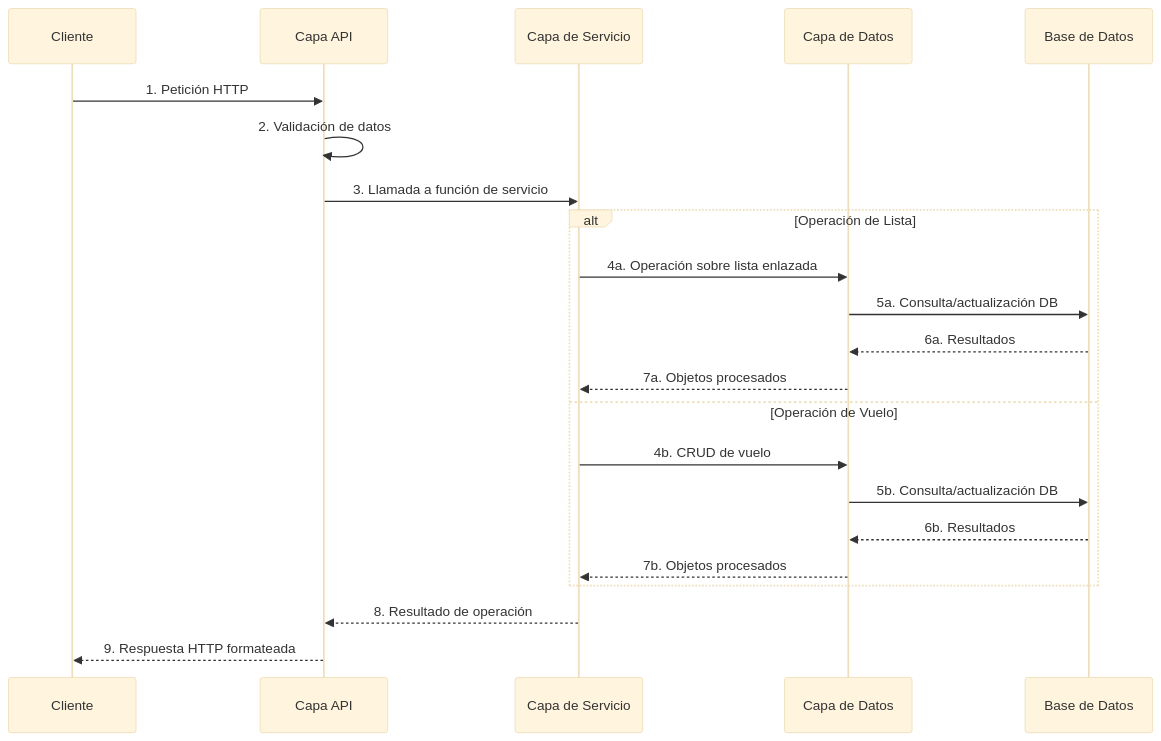
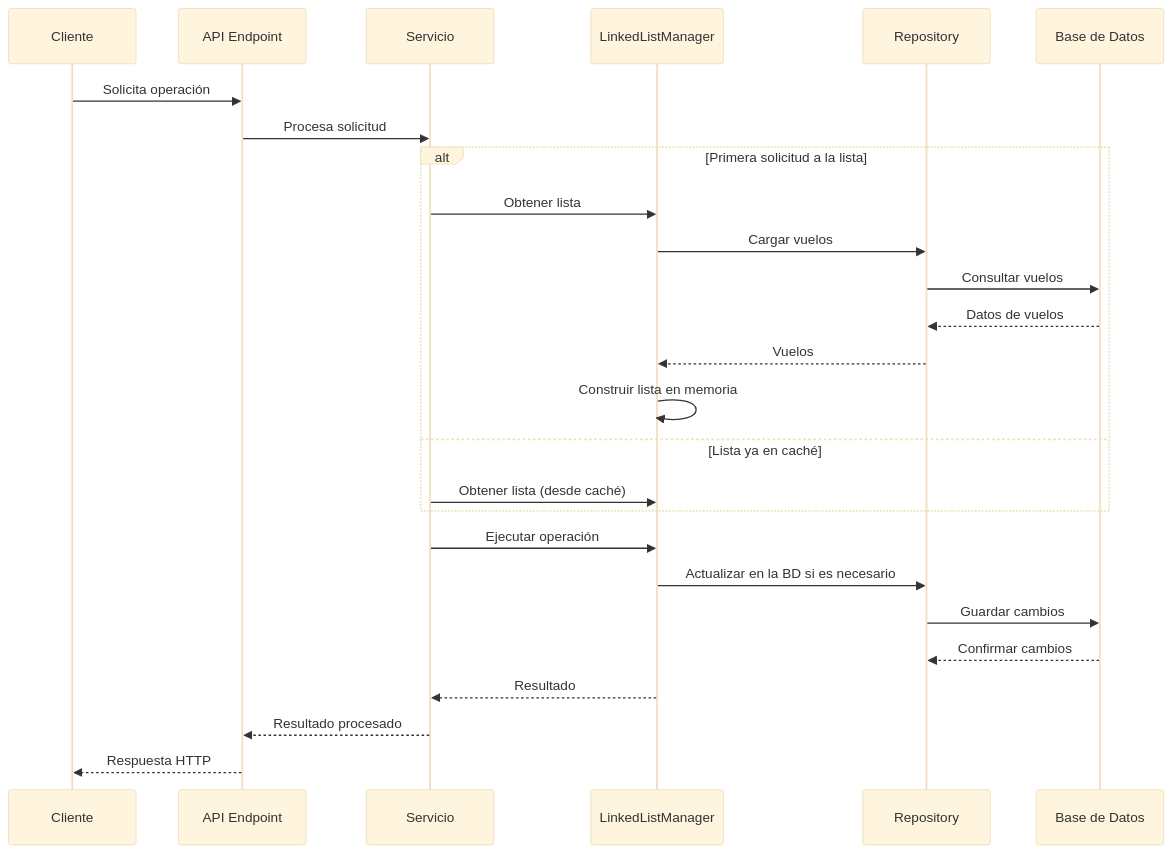
One commit to marcelovidalp/Act02_LL_Airport changed the third of 6 diagrams in docs/architecture.md. Above: the diagram before and after it, drawn with Mermaid (base theme). The commit also changed other lines of this file and 36 other files, not shown here.

First line of the commit message:
Implementación del servicio de gestión de listas de vuelos y refactorización de la arquitectura del sistema

````diff
--- a/docs/architecture.md
+++ b/docs/architecture.md
@@ -86,27 +110,32 @@
 ```mermaid
 sequenceDiagram
     participant Cliente as Cliente
-    participant API as Capa API
-    participant Servicio as Capa de Servicio
-    participant Datos as Capa de Datos
+    participant API as API Endpoint
+    participant Servicio as Servicio
+    participant ListaManager as LinkedListManager
+    participant Repositorio as Repository
     participant DB as Base de Datos
     
-    Cliente->>API: 1. Petición HTTP
-    API->>API: 2. Validación de datos
-    API->>Servicio: 3. Llamada a función de servicio
+    Cliente->>API: Solicita operación
+    API->>Servicio: Procesa solicitud
     
-    alt Operación de Lista
-        Servicio->>Datos: 4a. Operación sobre lista enlazada
-        Datos->>DB: 5a. Consulta/actualización DB
-        DB-->>Datos: 6a. Resultados
-        Datos-->>Servicio: 7a. Objetos procesados
-    else Operación de Vuelo
-        Servicio->>Datos: 4b. CRUD de vuelo
-        Datos->>DB: 5b. Consulta/actualización DB
-        DB-->>Datos: 6b. Resultados
-        Datos-->>Servicio: 7b. Objetos procesados
+    alt Primera solicitud a la lista
+        Servicio->>ListaManager: Obtener lista
+        ListaManager->>Repositorio: Cargar vuelos
+        Repositorio->>DB: Consultar vuelos
+        DB-->>Repositorio: Datos de vuelos
+        Repositorio-->>ListaManager: Vuelos
+        ListaManager->>ListaManager: Construir lista en memoria
+    else Lista ya en caché
+        Servicio->>ListaManager: Obtener lista (desde caché)
     end
     
-    Servicio-->>API: 8. Resultado de operación
-    API-->>Cliente: 9. Respuesta HTTP formateada
+    Servicio->>ListaManager: Ejecutar operación
+    ListaManager->>Repositorio: Actualizar en la BD si es necesario
+    Repositorio->>DB: Guardar cambios
+    DB-->>Repositorio: Confirmar cambios
+    
+    ListaManager-->>Servicio: Resultado
+    Servicio-->>API: Resultado procesado
+    API-->>Cliente: Respuesta HTTP
 ```
````
